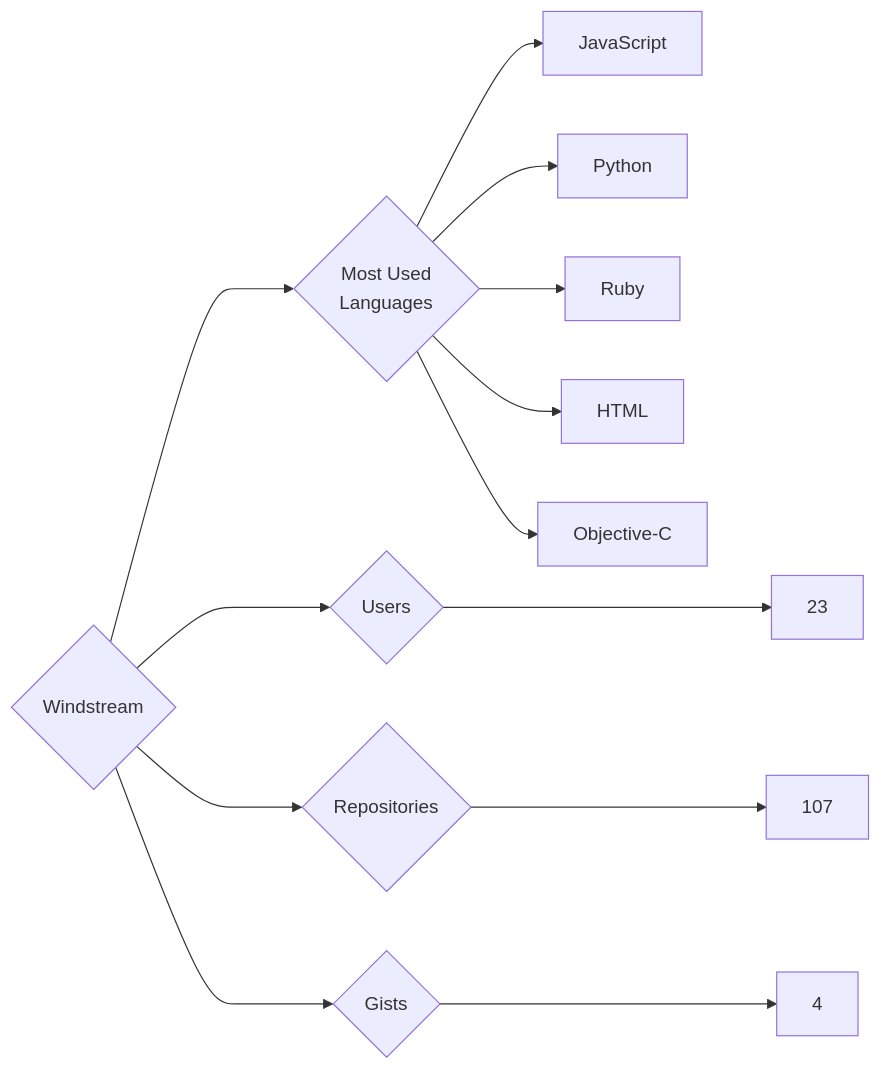
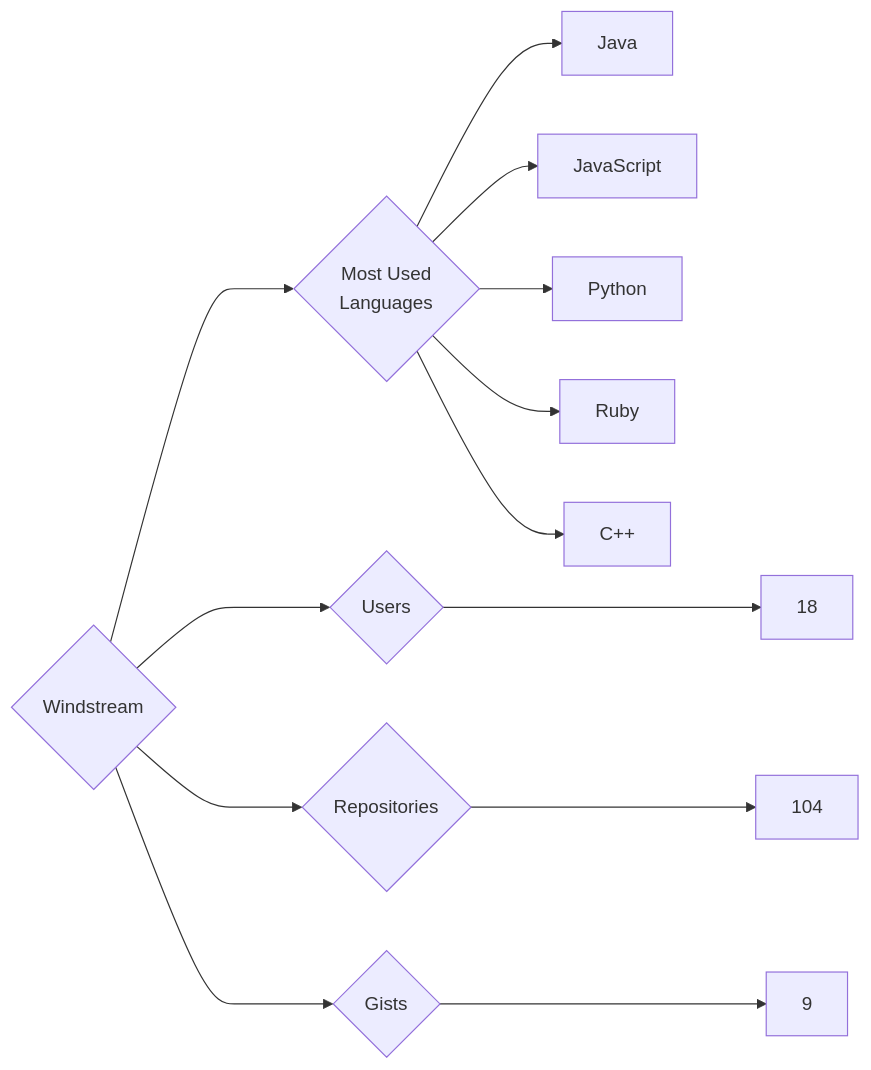
The diagram in targets/Windstream/README.md (trickest/insiders), drawn with Mermaid before and after one commit. The commit also changed 835 other files, not shown here.

````diff
--- a/targets/Windstream/README.md
+++ b/targets/Windstream/README.md
@@ -3,13 +3,13 @@
 ```mermaid
 graph LR
 COMPANY_NAME{Windstream}
-COMPANY_NAME ---> U{Users} ---> UN[23]
-COMPANY_NAME ---> R{Repositories} ---> RN[107]
-COMPANY_NAME ---> G{Gists} ---> GN[4]
+COMPANY_NAME ---> U{Users} ---> UN[18]
+COMPANY_NAME ---> R{Repositories} ---> RN[104]
+COMPANY_NAME ---> G{Gists} ---> GN[9]
 COMPANY_NAME ---> ML{Most Used<br>Languages}
+ML --> Java[Java]
 ML --> JavaScript[JavaScript]
 ML --> Python[Python]
 ML --> Ruby[Ruby]
-ML --> HTML[HTML]
-ML --> Objective-C[Objective-C]
+ML --> C++[C++]
 ```
````
